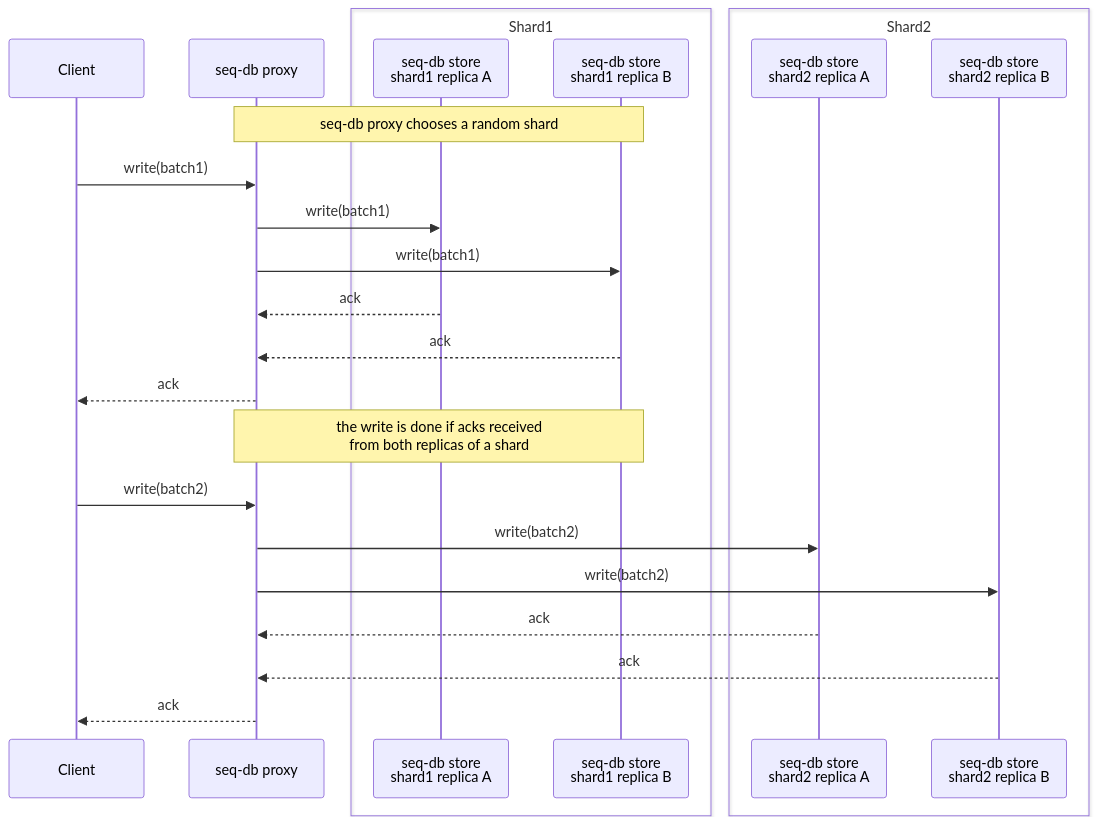
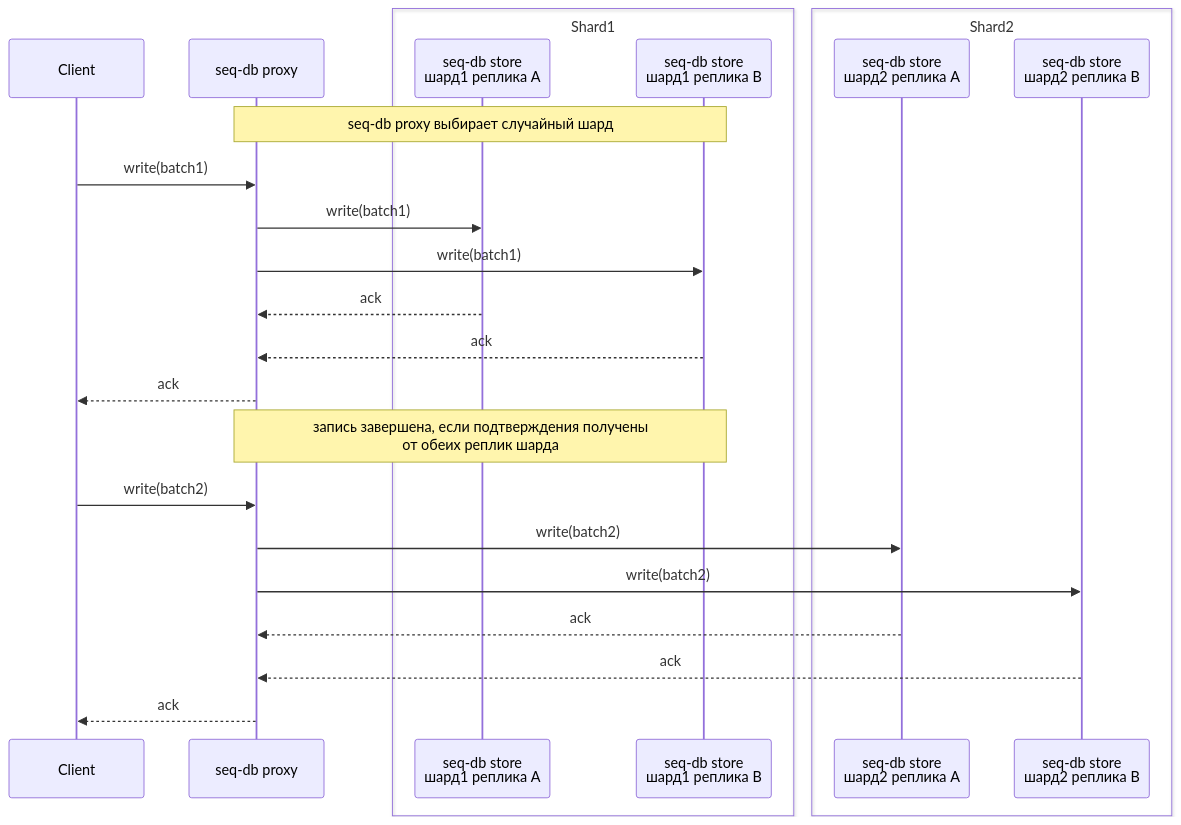
The first of 2 diagrams in docs/ru/13-architecture.md (romanchechyotkin/seq-db), drawn with Mermaid before and after one commit. The commit also changed other lines of this file and 1 other file, not shown here.

Commit message:
docs: translate architecture docs to russian (#123)

````diff
--- a/docs/ru/13-architecture.md
+++ b/docs/ru/13-architecture.md
@@ -74,36 +60,36 @@
 ```mermaid
 sequenceDiagram
 
   participant Client
   participant Proxy as seq-db proxy
 
   box Shard1
-  participant A as seq-db store<br /> shard1 replica A
-  participant B as  seq-db store <br />shard1 replica B
+  participant A as seq-db store<br />шард1 реплика A
+  participant B as seq-db store<br />шард1 реплика B
   end 
   
   box Shard2
-  participant C as seq-db store <br /> shard2 replica A
-  participant D as seq-db store <br /> shard2 replica B
+  participant C as seq-db store<br />шард2 реплика A
+  participant D as seq-db store<br />шард2 реплика B
   end 
 
-  Note over Proxy,B: seq-db proxy chooses a random shard
+  Note over Proxy,B: seq-db proxy выбирает случайный шард
   Client->>Proxy: write(batch1)
   Proxy->>A: write(batch1)
   Proxy->>B: write(batch1)
 
   A-->>Proxy: ack
   B-->>Proxy: ack
   Proxy-->>Client: ack
   
-  Note over Proxy,B: the write is done if acks received <br/> from both replicas of a shard
+  Note over Proxy,B: запись завершена, если подтверждения получены<br/>от обеих реплик шарда
 
   Client->>Proxy: write(batch2)
   Proxy->>C: write(batch2)
   Proxy->>D: write(batch2)
 
   C-->>Proxy: ack
   D-->>Proxy: ack
 
   Proxy-->>Client: ack
 ```
````
